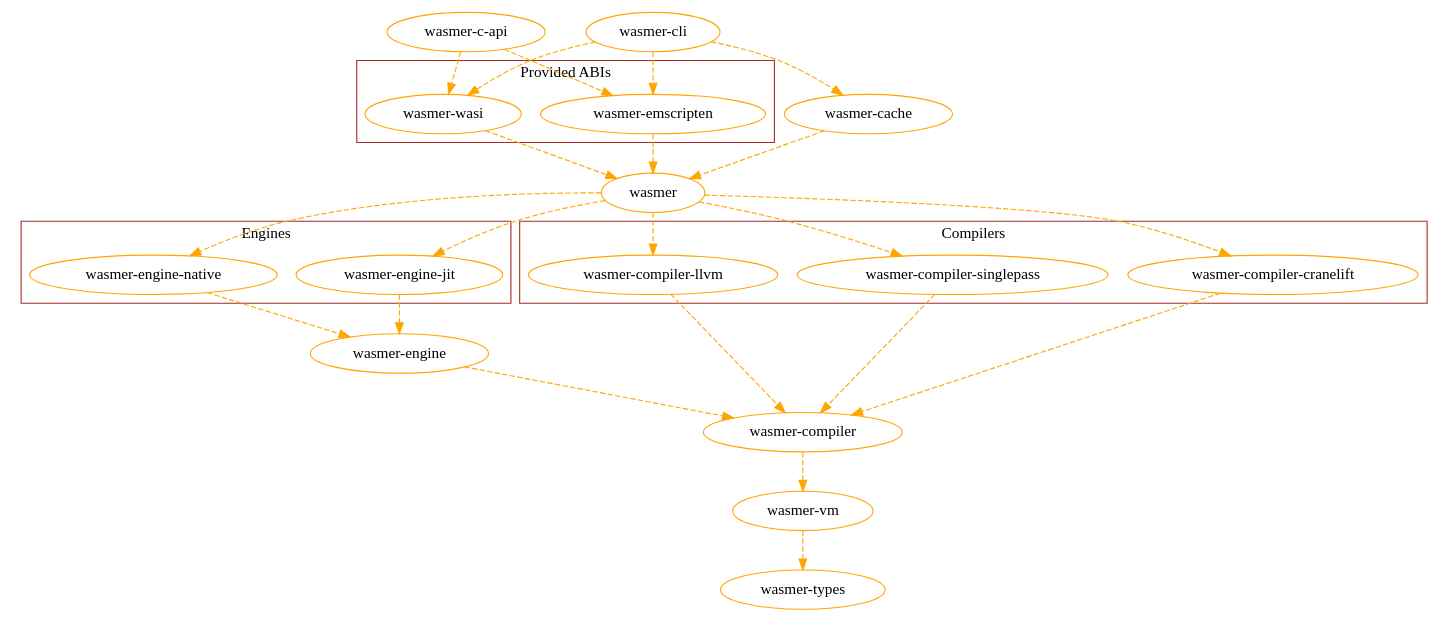
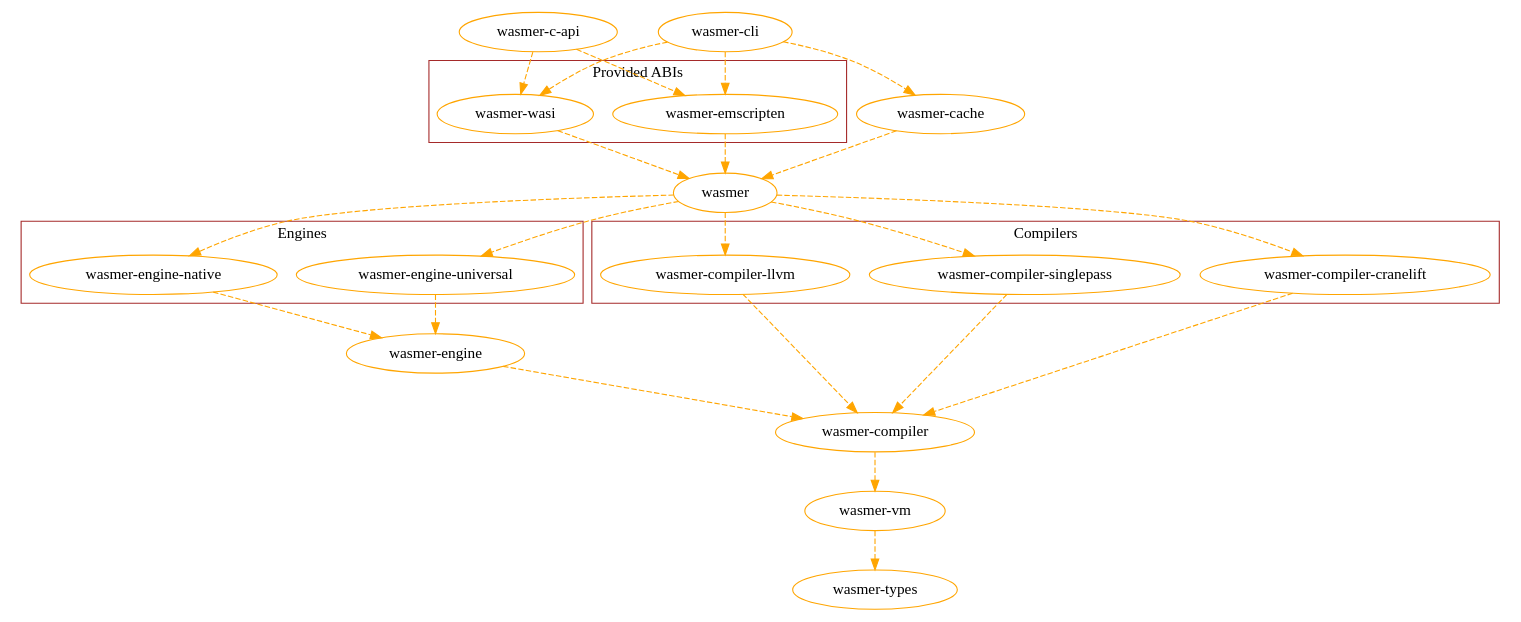
The diagram in docs/deps_dedup.dot (wasmerio/wasmer), drawn with Graphviz before and after one commit. The commit also changed 88 other files, not shown here.

First line of the commit message:
feat: Rename `wasmer-engine-jit` to `wasmer-engine-universal`.

```diff
--- a/docs/deps_dedup.dot
+++ b/docs/deps_dedup.dot
@@ -1,74 +1,74 @@
 digraph dependencies {
         newrank=true;
 
 	n0 [label="wasmer", color=orange];
 	n1 [label="wasmer-compiler", color=orange];
 	n5 [label="wasmer-engine", color=orange];
-	n6 [label="wasmer-engine-jit", color=orange];
+	n6 [label="wasmer-engine-universal", color=orange];
 	n7 [label="wasmer-engine-native", color=orange];
 	n8 [label="wasmer-types", color=orange];
 	n9 [label="wasmer-vm", color=orange];
 	n10 [label="wasmer-c-api", color=orange];
 	n11 [label="wasmer-emscripten", color=orange];
 	n12 [label="wasmer-wasi", color=orange];
 	n13 [label="wasmer-cache", color=orange];
 	n14 [label="wasmer-cli", color=orange];
 
         
 	subgraph cluster_compiler {
 		label="Compilers";
 		color=brown;
 
 		n2 [label="wasmer-compiler-cranelift", color=orange];
 		n3 [label="wasmer-compiler-llvm", color=orange];
 		n4 [label="wasmer-compiler-singlepass", color=orange];
 	}
 
 	subgraph cluster_engine {
 		label="Engines";
 		color=brown;
 
-		n6 [label="wasmer-engine-jit", color=orange];
+		n6 [label="wasmer-engine-universal", color=orange];
 		n7 [label="wasmer-engine-native", color=orange];
 	}
 
         {
         rank=same;
         n2;
         n3;
         n4;
         n6;
         n7;
         }
         
 
 	subgraph cluster_abi {
 		label="Provided ABIs";
 		color=brown;
 
 		n12 [label="wasmer-wasi", color=orange];
 		n11 [label="wasmer-emscripten", color=orange];
 	}
 
 	n14 -> n13 [color=orange, style=dashed];
 	n14 -> n12 [color=orange, style=dashed];
 	n14 -> n11 [color=orange, style=dashed];
 	n13 -> n0 [color=orange, style=dashed];
 	n10 -> n11 [color=orange, style=dashed];
 	n10 -> n12 [color=orange, style=dashed];
 	n11 -> n0 [color=orange, style=dashed];
 	n12 -> n0 [color=orange, style=dashed];
 	n0 -> n2 [color=orange, style=dashed];
 	n0 -> n3 [color=orange, style=dashed];
 	n0 -> n4 [color=orange, style=dashed];
 	n0 -> n6 [color=orange, style=dashed];
 	n0 -> n7 [color=orange, style=dashed];
 	n2 -> n1 [color=orange, style=dashed];
 	n3 -> n1 [color=orange, style=dashed];
 	n4 -> n1 [color=orange, style=dashed];
 	n6 -> n5 [color=orange, style=dashed];
 	n7 -> n5 [color=orange, style=dashed];
 	n5 -> n1 [color=orange, style=dashed];
 	n1 -> n9 [color=orange, style=dashed];
 	n9 -> n8 [color=orange, style=dashed];
 }
```
